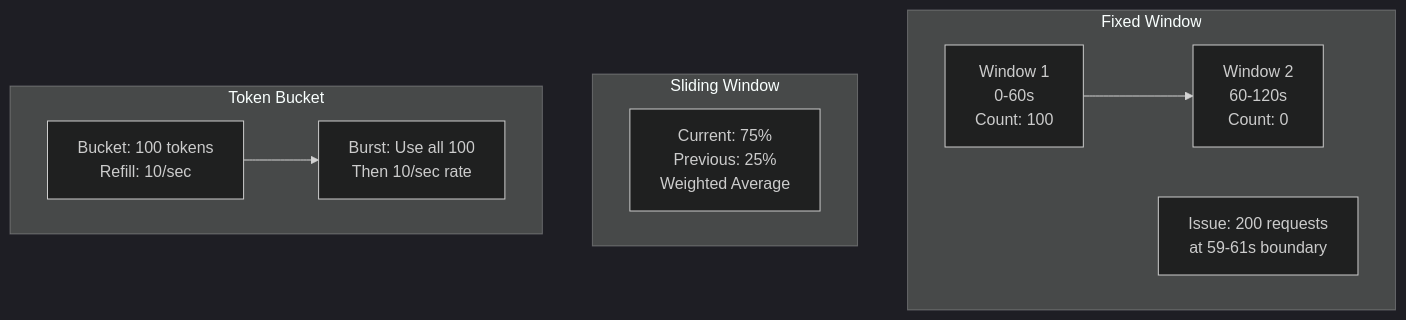
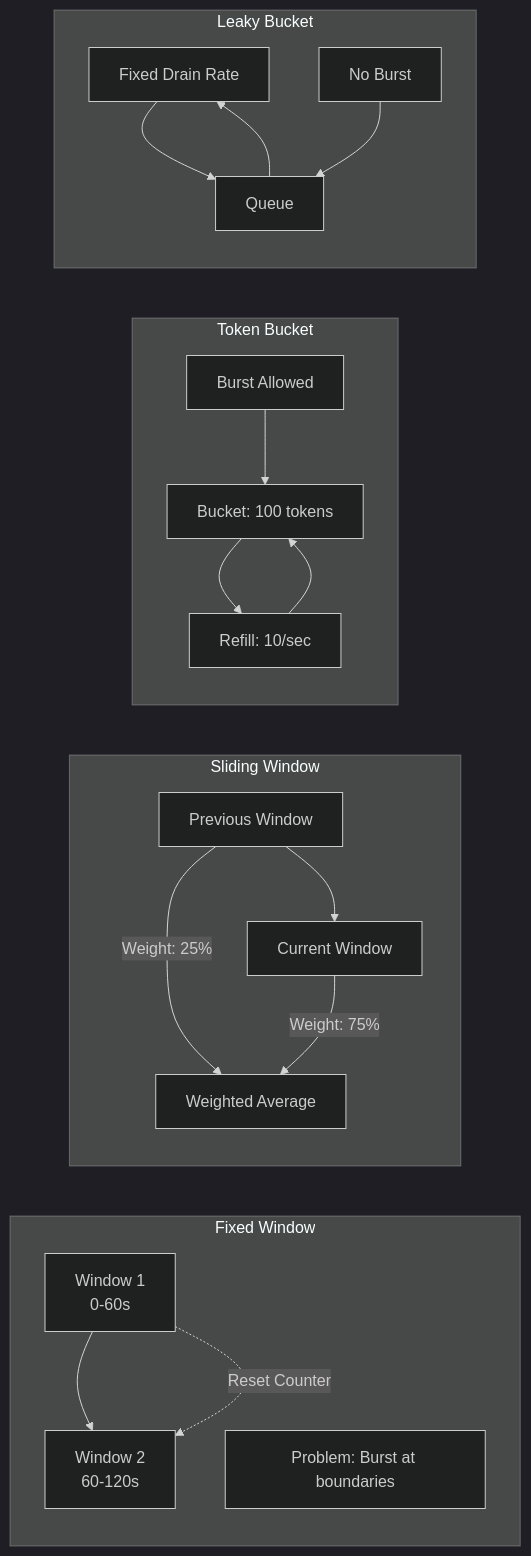
One commit to deepaucksharma/DStudio changed the second of 7 diagrams in docs/patterns/rate-limiting.md. Above: the diagram before and after it, drawn with Mermaid (dark theme). The commit also changed other lines of this file and 226 other files, not shown here.

````diff
--- a/docs/patterns/rate-limiting.md
+++ b/docs/patterns/rate-limiting.md
@@ -117,15 +113,27 @@
 ```mermaid
-graph TB
+graph LR
     subgraph "Fixed Window"
-        FW1["Window 1<br/>0-60s<br/>Count: 100"] --> FW2["Window 2<br/>60-120s<br/>Count: 0"]
-        FW_ISSUE["Issue: 200 requests<br/>at 59-61s boundary"]
+        FW1[Window 1<br/>0-60s] --> FW2[Window 2<br/>60-120s]
+        FW1 -.->|Reset Counter| FW2
+        FWP[Problem: Burst at boundaries]
     end
     
     subgraph "Sliding Window"
-        SW["Current: 75%<br/>Previous: 25%<br/>Weighted Average"]
+        SW1[Previous Window] --> SW2[Current Window]
+        SWC[Weighted Average]
+        SW1 -->|Weight: 25%| SWC
+        SW2 -->|Weight: 75%| SWC
     end
     
     subgraph "Token Bucket"
-        TB1["Bucket: 100 tokens<br/>Refill: 10/sec"] --> TB2["Burst: Use all 100<br/>Then 10/sec rate"]
+        TB1[Bucket: 100 tokens] --> TB2[Refill: 10/sec]
+        TB3[Burst Allowed] --> TB1
+        TB2 --> TB1
+    end
+    
+    subgraph "Leaky Bucket"
+        LB1[Fixed Drain Rate] --> LB2[Queue]
+        LB3[No Burst] --> LB2
+        LB2 --> LB1
     end
 ```
````
